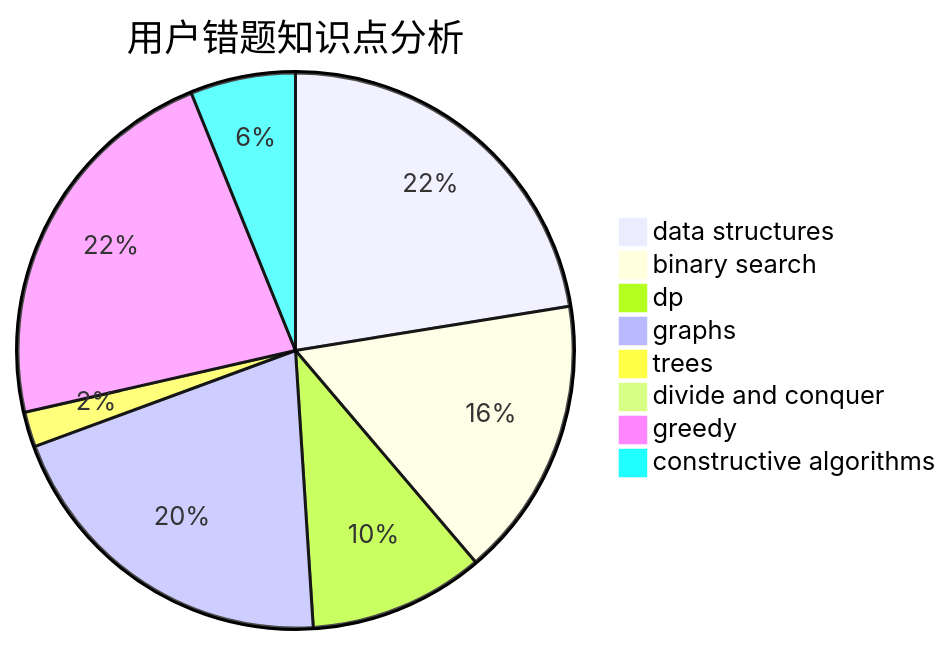
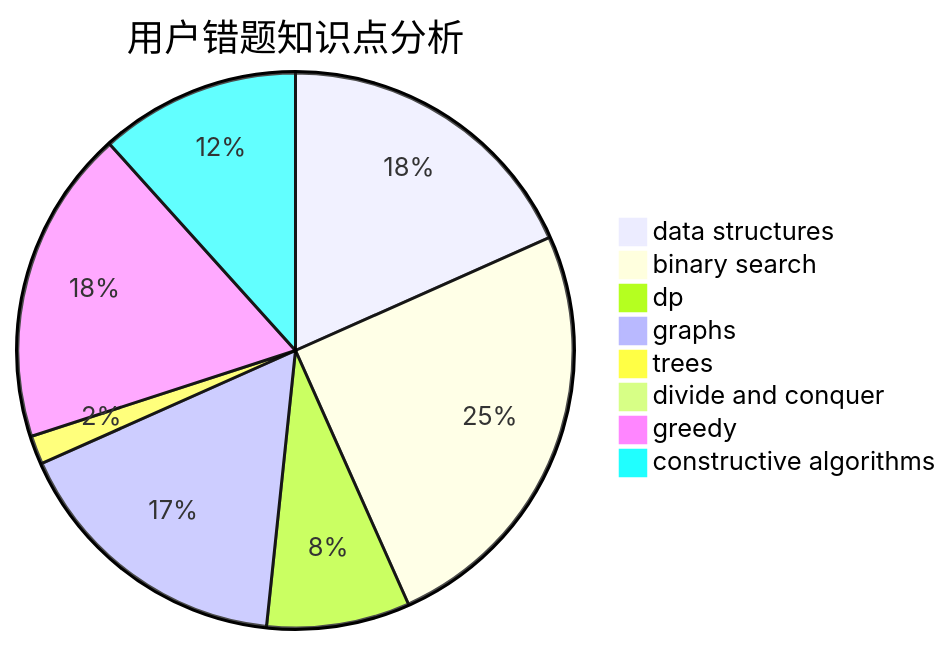
One commit to sherpahu/cfrs.github.io changed the third of 3 diagrams in docs/user/u1371.md. Above: the diagram before and after it, drawn with Mermaid. The commit also changed other lines of this file and 2770 other files, not shown here.

````diff
--- a/docs/user/u1371.md
+++ b/docs/user/u1371.md
@@ -36,11 +36,11 @@
 ```mermaid
 pie title 用户错题知识点分析
     "data structures" :  11
-    "binary search" :  8
+    "binary search" :  15
     "dp" :  5
     "graphs" :  10
     "trees" :  1
     "divide and conquer" :  0
     "greedy" :  11
-    "constructive algorithms" :  3
+    "constructive algorithms" :  7
 ```
````
